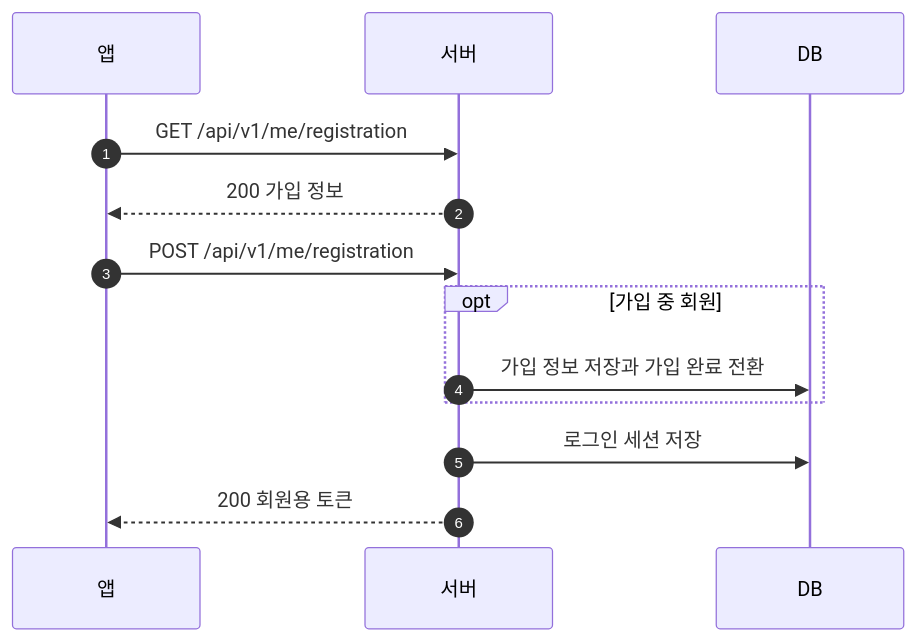
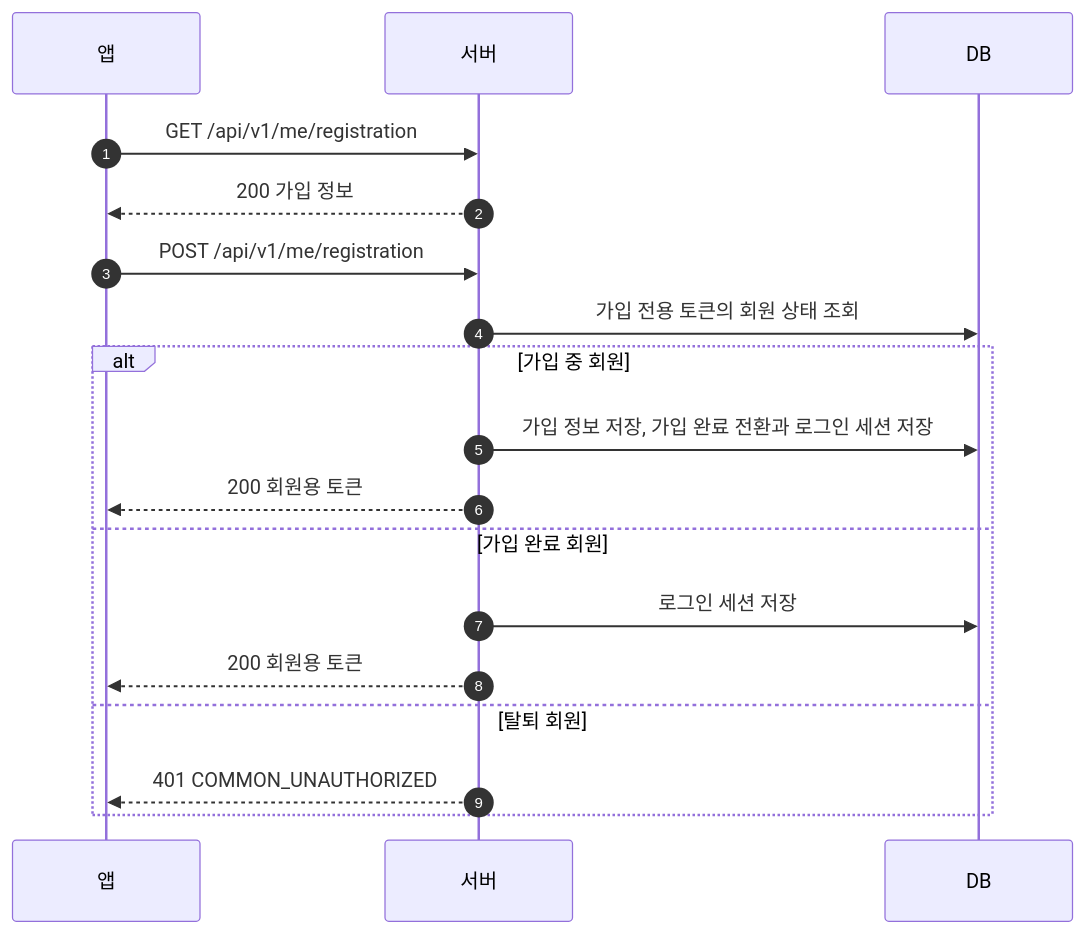
One commit to JECT-Study/Billit-5th-Docs changed the third of 3 diagrams in design/authentication.md. Above: the diagram before and after it, drawn with Mermaid. The commit also changed other lines of this file, not shown here.

````diff
--- a/design/authentication.md
+++ b/design/authentication.md
@@ -225,16 +232,21 @@
 ```mermaid
 sequenceDiagram
     autonumber
     participant App as 앱
     participant Server as 서버
     participant DB as DB
 
     App->>Server: GET /api/v1/me/registration
     Server-->>App: 200 가입 정보
     App->>Server: POST /api/v1/me/registration
-    opt 가입 중 회원
-        Server->>DB: 가입 정보 저장과 가입 완료 전환
+    Server->>DB: 가입 전용 토큰의 회원 상태 조회
+    alt 가입 중 회원
+        Server->>DB: 가입 정보 저장, 가입 완료 전환과 로그인 세션 저장
+        Server-->>App: 200 회원용 토큰
+    else 가입 완료 회원
+        Server->>DB: 로그인 세션 저장
+        Server-->>App: 200 회원용 토큰
+    else 탈퇴 회원
+        Server-->>App: 401 COMMON_UNAUTHORIZED
     end
-    Server->>DB: 로그인 세션 저장
-    Server-->>App: 200 회원용 토큰
 ```
````
